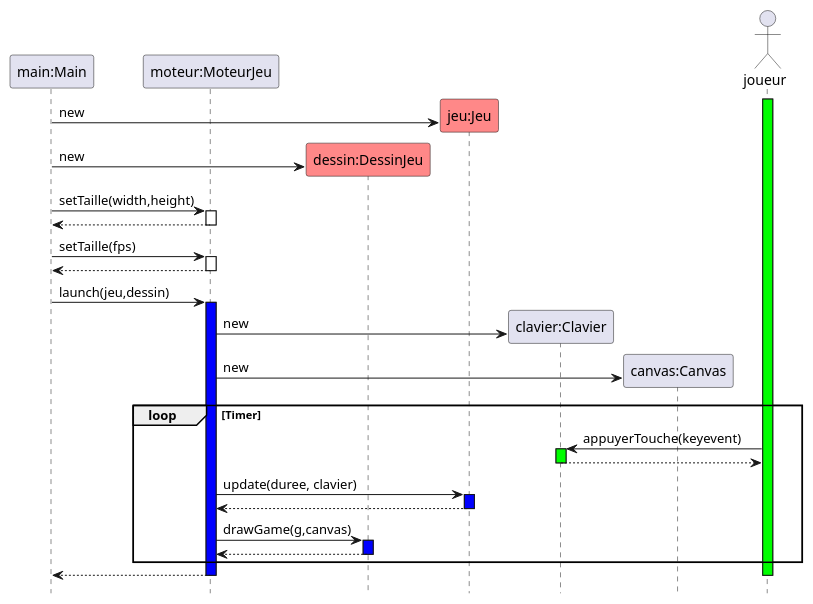
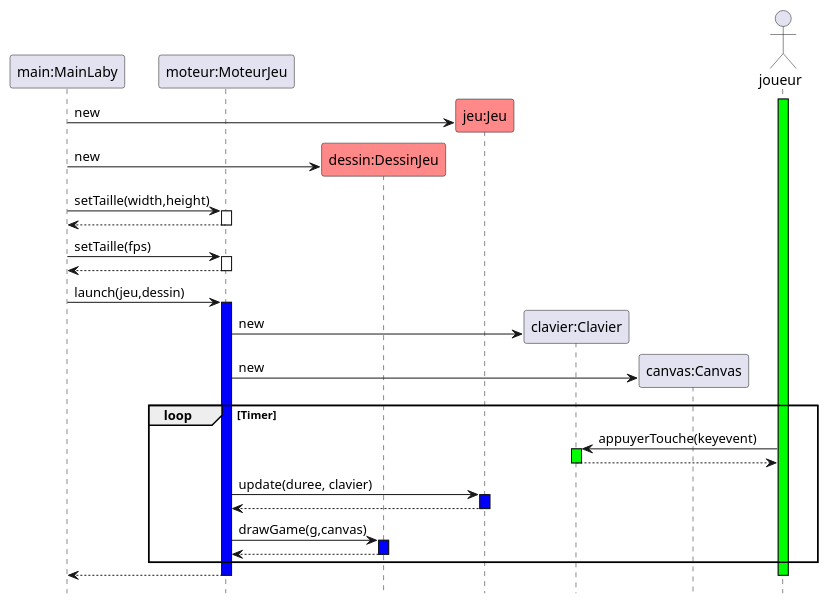
Before and after one commit to Kalenhh/zeldiablo: the diagram in versions/version_0/diagseq_moteur.puml, drawn with PlantUML. The commit also changed 9 other files, not shown here.

```diff
--- a/versions/version_0/diagseq_moteur.puml
+++ b/versions/version_0/diagseq_moteur.puml
@@ -1,71 +1,71 @@
 @startuml
 hide footbox
 
-participant "main:Main" as main
+participant "main:MainLaby" as main
 participant "moteur:MoteurJeu" as GameEngine
 participant "dessin:DessinJeu" as r #FF8888
 participant "jeu:Jeu" as game #FF8888
 participant "clavier:Clavier" as clavier
 participant "canvas:Canvas" as canvas
 actor "joueur" as joueur
 
 activate joueur #00FF00
 
 create game
 main-> game : new
 
 
 create r
 main-> r :new 
 
 main -> GameEngine : setTaille(width,height)
 activate GameEngine
 main <-- GameEngine
 deactivate GameEngine
 
 main-> GameEngine : setTaille(fps)
 activate GameEngine
 main <-- GameEngine
 deactivate GameEngine
 
 main-> GameEngine : launch(jeu,dessin)
 
 activate GameEngine #0000FF
 
 create clavier
 GameEngine -> clavier : new
 
 create canvas
 GameEngine -> canvas : new
 
 loop Timer
 
 joueur -> clavier : appuyerTouche(keyevent)
 activate clavier #00FF00
 joueur <-- clavier
 deactivate clavier
 
 
 GameEngine -> game : update(duree, clavier)
 activate game #0000FF
 
 GameEngine <-- game
 deactivate game
 
 
 
 
 GameEngine -> r : drawGame(g,canvas)
 activate r #0000FF
 
 GameEngine <-- r
 deactivate r
 
 end
 
 
 
 main<-- GameEngine
 deactivate GameEngine
 deactivate joueur
 @enduml
```
